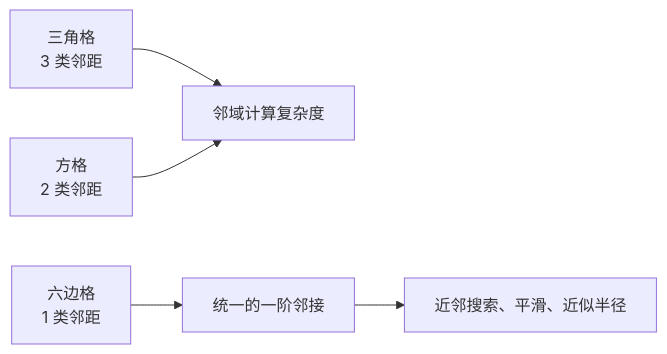
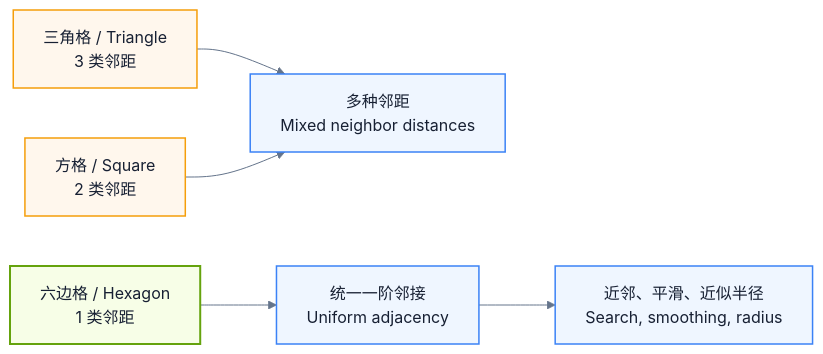
Before and after one commit to 3452078359-xuexue/knowledge-graph: the second of 9 diagrams in README.md, drawn with Mermaid. The commit also changed other lines of this file and 1 other file, not shown here.

Commit message:
Add bilingual H3 guide and polished diagrams

````diff
--- a/README.md
+++ b/README.md
@@ -81,7 +106,14 @@
 ```mermaid
+%%{init: {"theme":"base","themeVariables":{"background":"#ffffff","primaryColor":"#eef6ff","primaryTextColor":"#172033","primaryBorderColor":"#3b82f6","lineColor":"#64748b","secondaryColor":"#f5f3ff","tertiaryColor":"#f7fee7","fontFamily":"Arial"}}}%%
 flowchart LR
-    T[三角格<br/>3 类邻距] --> X[邻域计算复杂度]
-    S[方格<br/>2 类邻距] --> X
-    H[六边格<br/>1 类邻距] --> Y[统一的一阶邻接]
-    Y --> Z[近邻搜索、平滑、近似半径]
+    T[三角格 / Triangle<br/>3 类邻距] --> X[多种邻距<br/>Mixed neighbor distances]
+    S[方格 / Square<br/>2 类邻距] --> X
+    H[六边格 / Hexagon<br/>1 类邻距] --> Y[统一一阶邻接<br/>Uniform adjacency]
+    Y --> Z[近邻、平滑、近似半径<br/>Search, smoothing, radius]
+    classDef alternative fill:#fff7ed,stroke:#f59e0b,color:#172033,stroke-width:1.5px;
+    classDef chosen fill:#f7fee7,stroke:#65a30d,color:#172033,stroke-width:2px;
+    classDef result fill:#eff6ff,stroke:#3b82f6,color:#172033,stroke-width:1.5px;
+    class T,S alternative;
+    class H chosen;
+    class X,Y,Z result;
 ```
````
